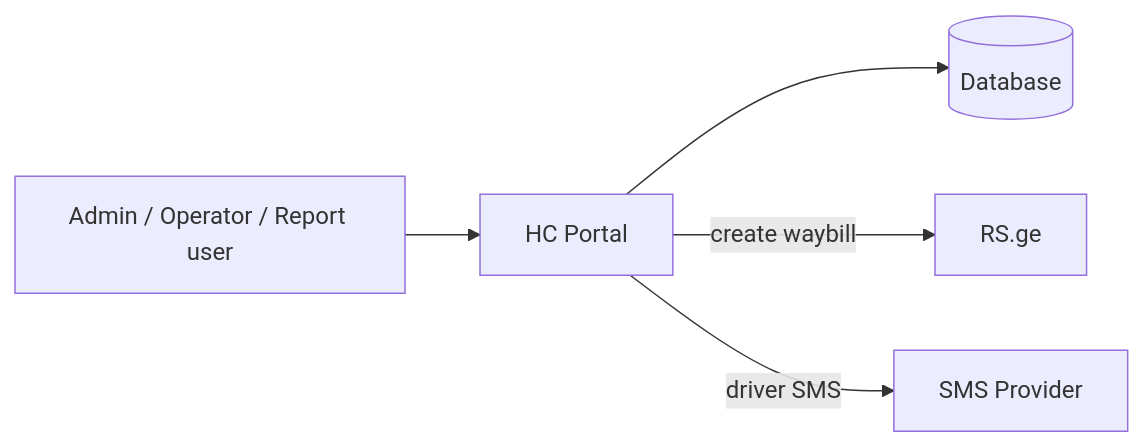
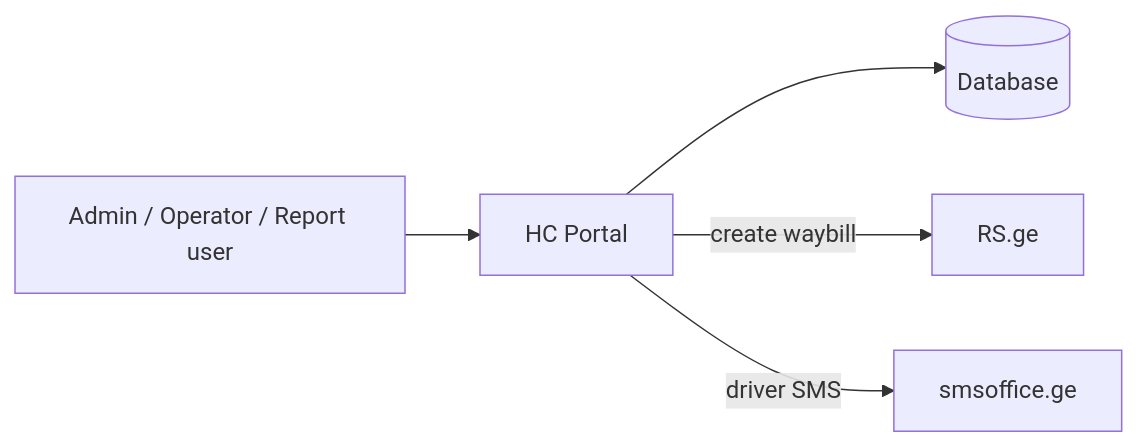
One commit to nlortkipa/hc-waybills changed the second of 2 diagrams in README.md. Above: the diagram before and after it, drawn with Mermaid. The commit also changed other lines of this file and 15 other files, not shown here.

First line of the commit message:
Send driver SMS through smsoffice.ge and track delivery

````diff
--- a/README.md
+++ b/README.md
@@ -24,7 +24,7 @@
 ```mermaid
 flowchart LR
     U[Admin / Operator / Report user] --> APP[HC Portal]
     APP --> DB[(Database)]
     APP -->|create waybill| RS[RS.ge]
-    APP -->|driver SMS| SMS[SMS Provider]
+    APP -->|driver SMS| SMS[smsoffice.ge]
 ```
````
